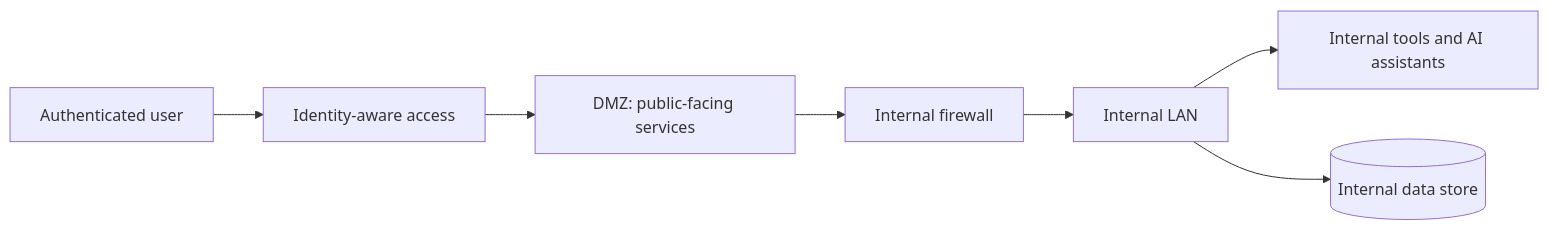
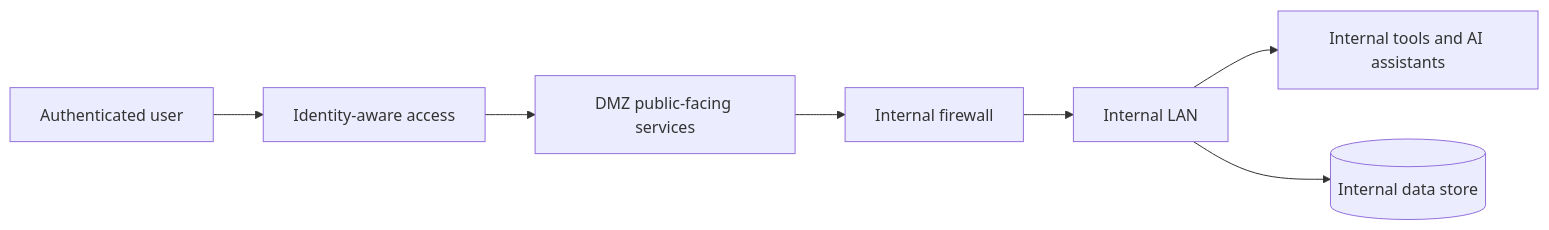
One commit to DeharengOlivier/case-studies changed the first of 2 diagrams in innpact.md. Above: the diagram before and after it, drawn with Mermaid. The commit also changed other lines of this file, not shown here.

````diff
--- a/innpact.md
+++ b/innpact.md
@@ -46,9 +51,9 @@
 ```mermaid
 flowchart LR
     User[Authenticated user] --> IAP[Identity-aware access]
-    IAP --> DMZ[DMZ: public-facing services]
+    IAP --> DMZ[DMZ public-facing services]
     DMZ --> FW[Internal firewall]
     FW --> LAN[Internal LAN]
     LAN --> Tools[Internal tools and AI assistants]
     LAN --> Store[(Internal data store)]
 ```
````
